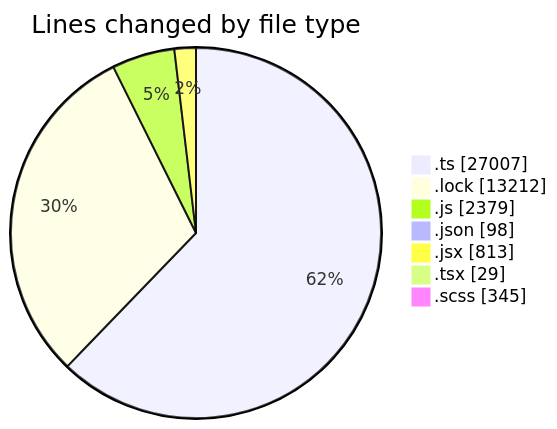
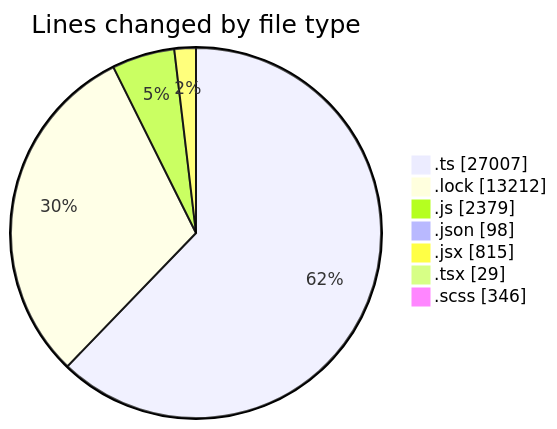
Before and after one commit to momahboobian/code-tracking: the first of 2 diagrams in 2025-05-16/cda/README.md, drawn with Mermaid. The commit also changed other lines of this file and 1 other file, not shown here.

````diff
--- a/2025-05-16/cda/README.md
+++ b/2025-05-16/cda/README.md
@@ -44,11 +44,11 @@
 ```mermaid
 pie showData
 title Lines changed by file type
 ".ts" : 27007
 ".lock" : 13212
 ".js" : 2379
 ".json" : 98
-".jsx" : 813
+".jsx" : 815
 ".tsx" : 29
-".scss" : 345
+".scss" : 346
 ```
````
